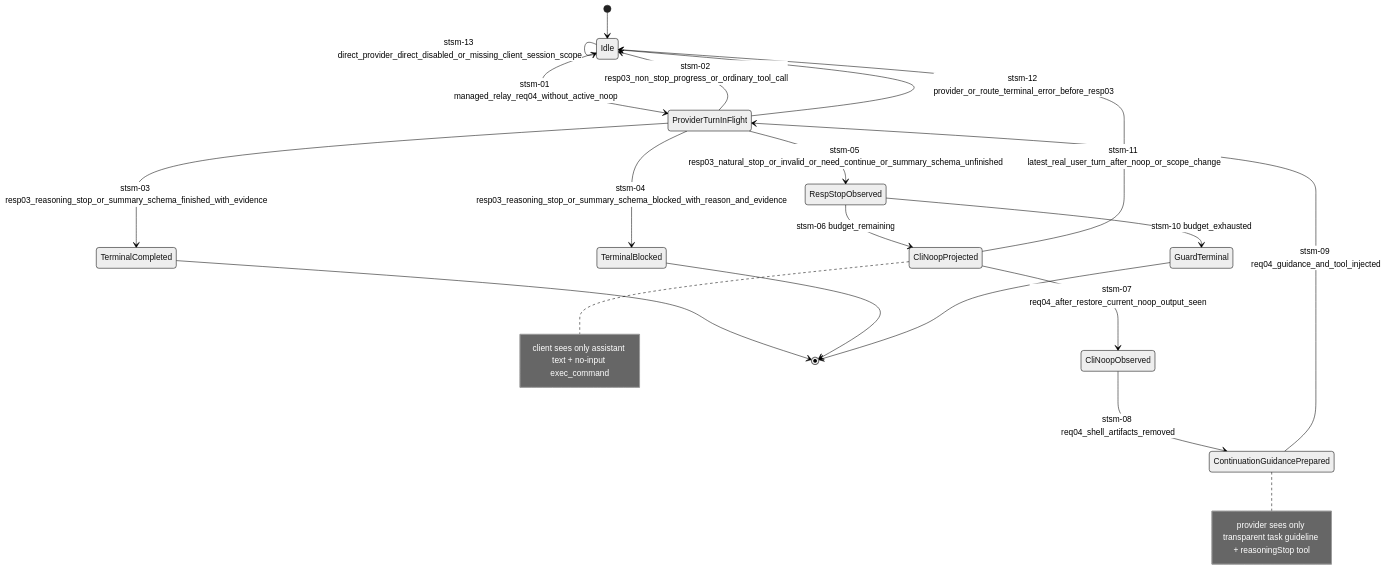
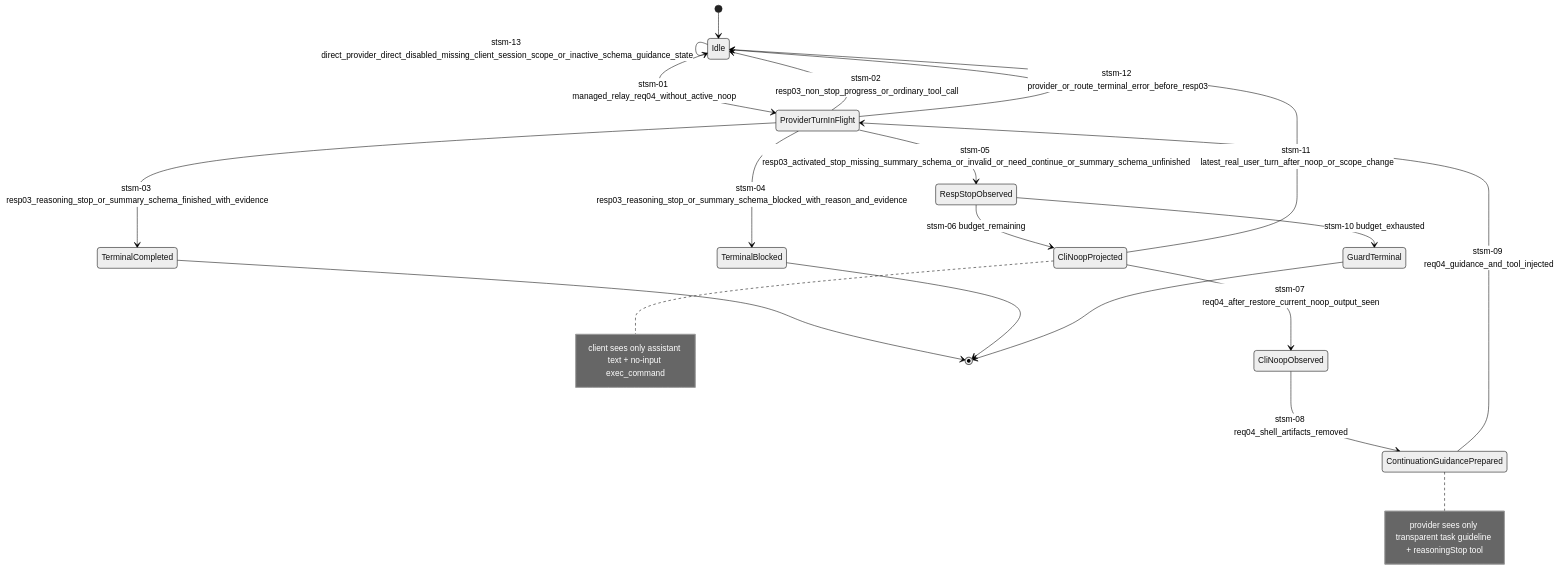
One commit to Jasonzhangf/routecodex changed the second of 2 diagrams in docs/architecture/wiki/stopless-session-mainline-source.md. Above: the diagram before and after it, drawn with Mermaid (neutral theme). The commit also changed other lines of this file and 18 other files, not shown here.

Commit message:
fix(v3): gate stopless on active schema guidance

````diff
--- a/docs/architecture/wiki/stopless-session-mainline-source.md
+++ b/docs/architecture/wiki/stopless-session-mainline-source.md
@@ -50,26 +51,26 @@
 ```mermaid
 stateDiagram-v2
   [*] --> Idle
   Idle --> ProviderTurnInFlight: stsm-01 managed_relay_req04_without_active_noop
   ProviderTurnInFlight --> Idle: stsm-02 resp03_non_stop_progress_or_ordinary_tool_call
   ProviderTurnInFlight --> TerminalCompleted: stsm-03 resp03_reasoning_stop_or_summary_schema_finished_with_evidence
   ProviderTurnInFlight --> TerminalBlocked: stsm-04 resp03_reasoning_stop_or_summary_schema_blocked_with_reason_and_evidence
-  ProviderTurnInFlight --> RespStopObserved: stsm-05 resp03_natural_stop_or_invalid_or_need_continue_or_summary_schema_unfinished
+  ProviderTurnInFlight --> RespStopObserved: stsm-05 resp03_activated_stop_missing_summary_schema_or_invalid_or_need_continue_or_summary_schema_unfinished
   RespStopObserved --> CliNoopProjected: stsm-06 budget_remaining
   CliNoopProjected --> CliNoopObserved: stsm-07 req04_after_restore_current_noop_output_seen
   CliNoopObserved --> ContinuationGuidancePrepared: stsm-08 req04_shell_artifacts_removed
   ContinuationGuidancePrepared --> ProviderTurnInFlight: stsm-09 req04_guidance_and_tool_injected
   RespStopObserved --> GuardTerminal: stsm-10 budget_exhausted
   CliNoopProjected --> Idle: stsm-11 latest_real_user_turn_after_noop_or_scope_change
   ProviderTurnInFlight --> Idle: stsm-12 provider_or_route_terminal_error_before_resp03
-  Idle --> Idle: stsm-13 direct_provider_direct_disabled_or_missing_client_session_scope
+  Idle --> Idle: stsm-13 direct_provider_direct_disabled_missing_client_session_scope_or_inactive_schema_guidance_state
   TerminalCompleted --> [*]
   TerminalBlocked --> [*]
   GuardTerminal --> [*]
   note right of CliNoopProjected
     client sees only assistant text + no-input exec_command
   end note
   note right of ContinuationGuidancePrepared
     provider sees only transparent task guideline + reasoningStop tool
   end note
 ```
````
